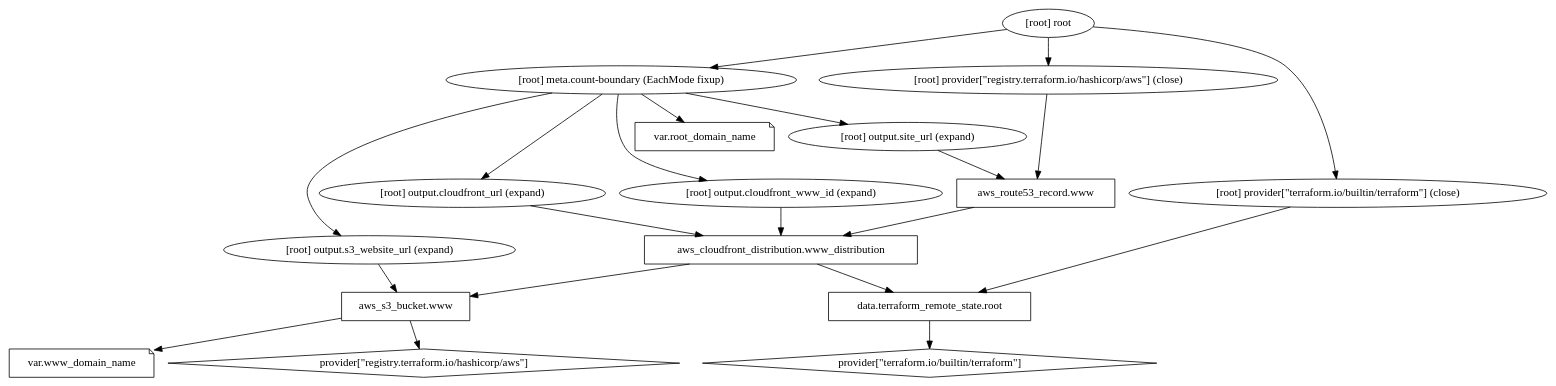
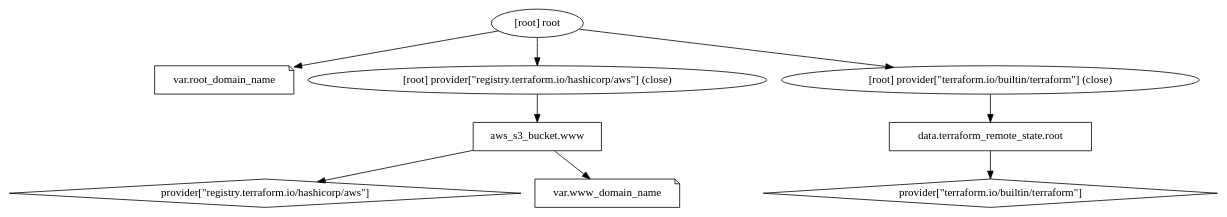
The diagram in infrastructure/graph.dot (grocky/grocky.com), drawn with Graphviz before and after one commit. The commit also changed 7 other files, not shown here.

```diff
--- a/infrastructure/graph.dot
+++ b/infrastructure/graph.dot
@@ -1,34 +1,20 @@
 digraph {
 	compound = "true"
 	newrank = "true"
 	subgraph "root" {
-		"[root] aws_cloudfront_distribution.www_distribution (expand)" [label = "aws_cloudfront_distribution.www_distribution", shape = "box"]
-		"[root] aws_route53_record.www (expand)" [label = "aws_route53_record.www", shape = "box"]
 		"[root] aws_s3_bucket.www (expand)" [label = "aws_s3_bucket.www", shape = "box"]
 		"[root] data.terraform_remote_state.root (expand)" [label = "data.terraform_remote_state.root", shape = "box"]
 		"[root] provider[\"registry.terraform.io/hashicorp/aws\"]" [label = "provider[\"registry.terraform.io/hashicorp/aws\"]", shape = "diamond"]
 		"[root] provider[\"terraform.io/builtin/terraform\"]" [label = "provider[\"terraform.io/builtin/terraform\"]", shape = "diamond"]
 		"[root] var.root_domain_name" [label = "var.root_domain_name", shape = "note"]
 		"[root] var.www_domain_name" [label = "var.www_domain_name", shape = "note"]
-		"[root] aws_cloudfront_distribution.www_distribution (expand)" -> "[root] aws_s3_bucket.www (expand)"
-		"[root] aws_cloudfront_distribution.www_distribution (expand)" -> "[root] data.terraform_remote_state.root (expand)"
-		"[root] aws_route53_record.www (expand)" -> "[root] aws_cloudfront_distribution.www_distribution (expand)"
 		"[root] aws_s3_bucket.www (expand)" -> "[root] provider[\"registry.terraform.io/hashicorp/aws\"]"
 		"[root] aws_s3_bucket.www (expand)" -> "[root] var.www_domain_name"
 		"[root] data.terraform_remote_state.root (expand)" -> "[root] provider[\"terraform.io/builtin/terraform\"]"
-		"[root] meta.count-boundary (EachMode fixup)" -> "[root] output.cloudfront_url (expand)"
-		"[root] meta.count-boundary (EachMode fixup)" -> "[root] output.cloudfront_www_id (expand)"
-		"[root] meta.count-boundary (EachMode fixup)" -> "[root] output.s3_website_url (expand)"
-		"[root] meta.count-boundary (EachMode fixup)" -> "[root] output.site_url (expand)"
-		"[root] meta.count-boundary (EachMode fixup)" -> "[root] var.root_domain_name"
-		"[root] output.cloudfront_url (expand)" -> "[root] aws_cloudfront_distribution.www_distribution (expand)"
-		"[root] output.cloudfront_www_id (expand)" -> "[root] aws_cloudfront_distribution.www_distribution (expand)"
-		"[root] output.s3_website_url (expand)" -> "[root] aws_s3_bucket.www (expand)"
-		"[root] output.site_url (expand)" -> "[root] aws_route53_record.www (expand)"
-		"[root] provider[\"registry.terraform.io/hashicorp/aws\"] (close)" -> "[root] aws_route53_record.www (expand)"
+		"[root] provider[\"registry.terraform.io/hashicorp/aws\"] (close)" -> "[root] aws_s3_bucket.www (expand)"
 		"[root] provider[\"terraform.io/builtin/terraform\"] (close)" -> "[root] data.terraform_remote_state.root (expand)"
-		"[root] root" -> "[root] meta.count-boundary (EachMode fixup)"
 		"[root] root" -> "[root] provider[\"registry.terraform.io/hashicorp/aws\"] (close)"
 		"[root] root" -> "[root] provider[\"terraform.io/builtin/terraform\"] (close)"
+		"[root] root" -> "[root] var.root_domain_name"
 	}
 }
```
